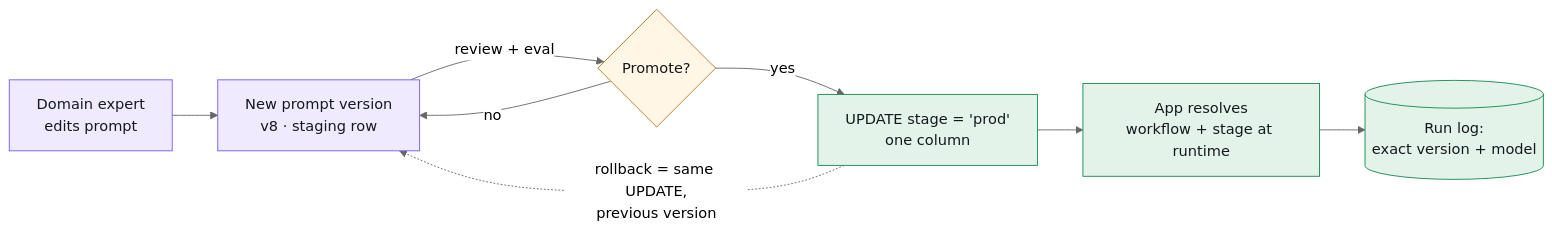
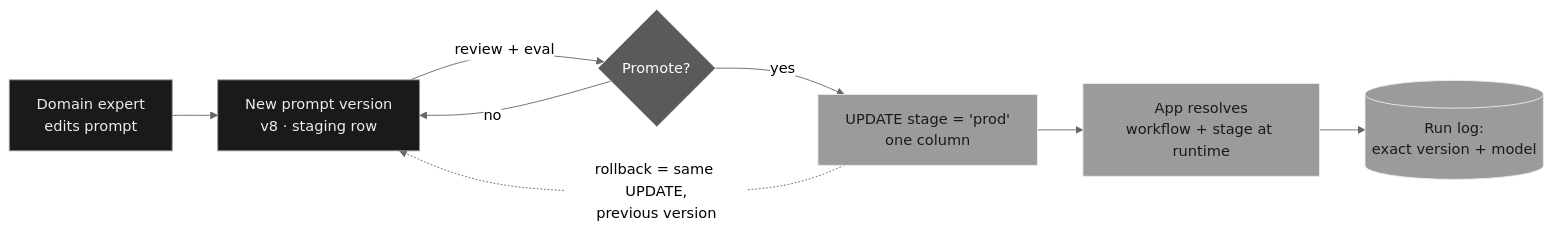
One commit to jpaladini/jpaladini changed the diagram in src/content/blog/prompt-control-plane.md. Above: the diagram before and after it, drawn with Mermaid (neutral theme). The commit also changed other lines of this file and 7 other files, not shown here.

First line of the commit message:
Fix diagram error, grey diagram palette, home diagram scroll, service dates

````diff
--- a/src/content/blog/prompt-control-plane.md
+++ b/src/content/blog/prompt-control-plane.md
@@ -37,17 +37,17 @@
 ```mermaid
 flowchart LR
   SME[Domain expert<br/>edits prompt] --> V[New prompt version<br/>v8 · staging row]
   V -->|review + eval| P{Promote?}
   P -- yes --> S[UPDATE stage = 'prod'<br/>one column]
   P -- no --> V
   S --> APP[App resolves<br/>workflow + stage at runtime]
   APP --> LOG[(Run log:<br/>exact version + model)]
   S -. rollback = same UPDATE,<br/>previous version .-> V
 
-  classDef edit fill:#EFEAFE,stroke:#7A5AF8,color:#15191E;
-  classDef gate fill:#FFF6E5,stroke:#B7791F,color:#15191E;
-  classDef live fill:#E4F3EA,stroke:#138A4E,color:#15191E;
+  classDef edit fill:#1a1a1a,stroke:#9b9b9b,color:#ececec;
+  classDef gate fill:#5a5a5a,stroke:#ececec,color:#ffffff;
+  classDef live fill:#9b9b9b,stroke:#ececec,color:#1a1a1a;
   class SME,V edit;
   class P gate;
   class S,APP,LOG live;
 ```
````
